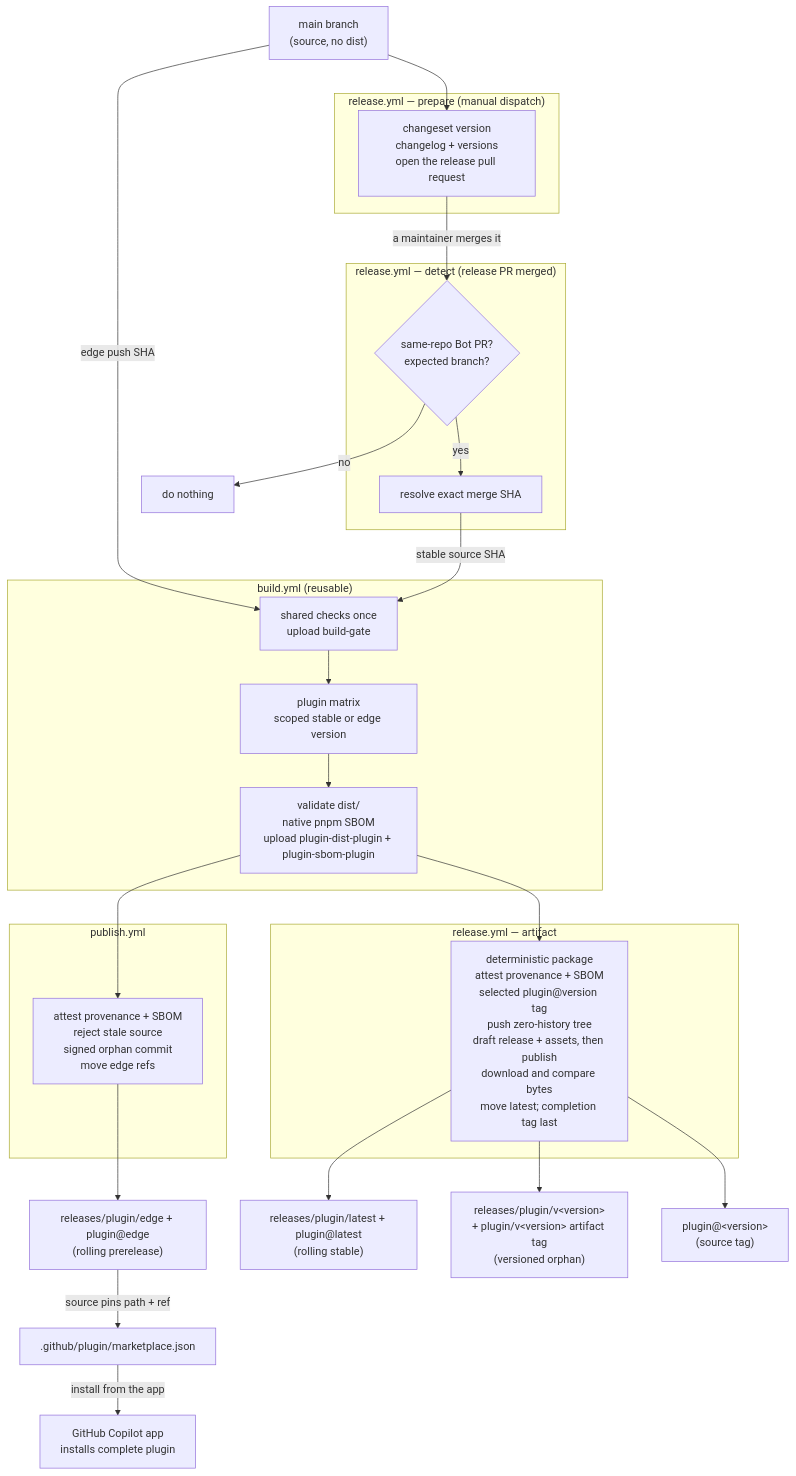
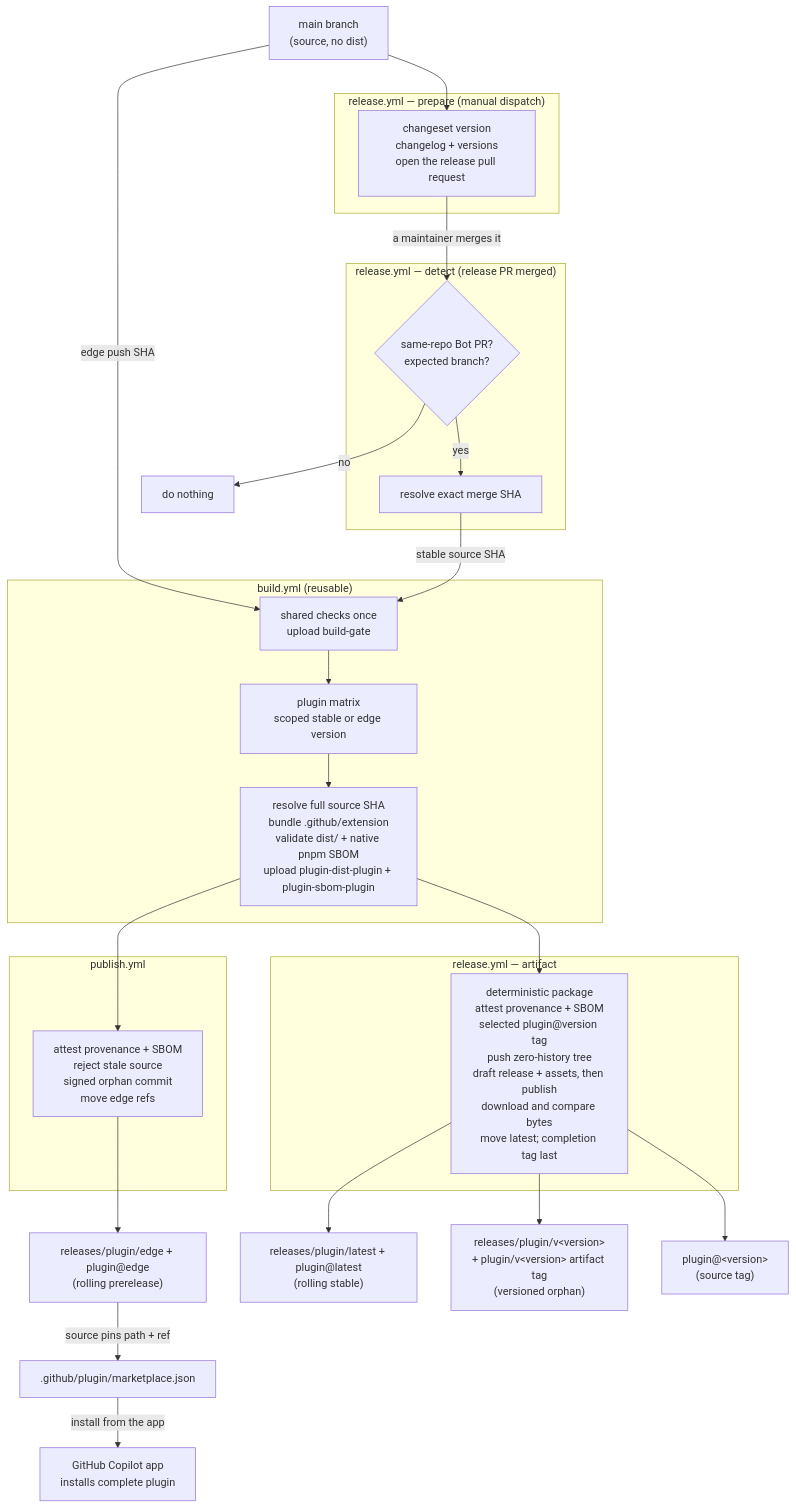
Before and after one commit to radius-project/ai-extensions: the second of 2 diagrams in docs/architecture/plugin-packaging-and-publishing.md, drawn with Mermaid. The commit also changed other lines of this file and 22 other files, not shown here.

Commit message:
feat: enforce full commit SHA references in workflows and scripts

````diff
--- a/docs/architecture/plugin-packaging-and-publishing.md
+++ b/docs/architecture/plugin-packaging-and-publishing.md
@@ -107,47 +108,47 @@
 ```mermaid
 graph TD
     Main["main branch<br/>(source, no dist)"]
 
     subgraph PrepWF["release.yml — prepare (manual dispatch)"]
         VersionPR["changeset version<br/>changelog + versions<br/>open the release pull request"]
     end
 
     subgraph DetectWF["release.yml — detect (release PR merged)"]
         Decide{"same-repo Bot PR?<br/>expected branch?"}
         Source["resolve exact merge SHA"]
     end
 
     Main --> VersionPR
     VersionPR -->|a maintainer merges it| Decide
     Decide -->|no| Nothing["do nothing"]
     Decide -->|yes| Source
 
     subgraph BuildWF["build.yml (reusable)"]
         Checks["shared checks once<br/>upload build-gate"]
         Resolve["plugin matrix<br/>scoped stable or edge version"]
-        Artifact["validate dist/<br/>native pnpm SBOM<br/>upload plugin-dist-plugin + plugin-sbom-plugin"]
+        Artifact["resolve full source SHA<br/>bundle .github/extension<br/>validate dist/ + native pnpm SBOM<br/>upload plugin-dist-plugin + plugin-sbom-plugin"]
     end
 
     Main -->|edge push SHA| Checks
     Source -->|stable source SHA| Checks
     Checks --> Resolve --> Artifact
 
     subgraph EdgeWF["publish.yml"]
         EdgePush["attest provenance + SBOM<br/>reject stale source<br/>signed orphan commit<br/>move edge refs"]
     end
 
     subgraph RelWF["release.yml — artifact"]
         RelPush["deterministic package<br/>attest provenance + SBOM<br/>selected plugin@version tag<br/>push zero-history tree<br/>draft release + assets, then publish<br/>download and compare bytes<br/>move latest; completion tag last"]
     end
 
     Artifact --> EdgePush
     Artifact --> RelPush
 
     EdgePush --> Edge["releases/plugin/edge + plugin@edge<br/>(rolling prerelease)"]
     RelPush --> Stable["releases/plugin/latest + plugin@latest<br/>(rolling stable)"]
     RelPush --> Pinned["releases/plugin/v&lt;version&gt;<br/>+ plugin/v&lt;version&gt; artifact tag<br/>(versioned orphan)"]
     RelPush --> SourceTag["plugin@&lt;version&gt;<br/>(source tag)"]
 
     Edge -->|source pins path + ref| MP[".github/plugin/marketplace.json"]
     MP -->|install from the app| Install["GitHub Copilot app<br/>installs complete plugin"]
 ```
````
